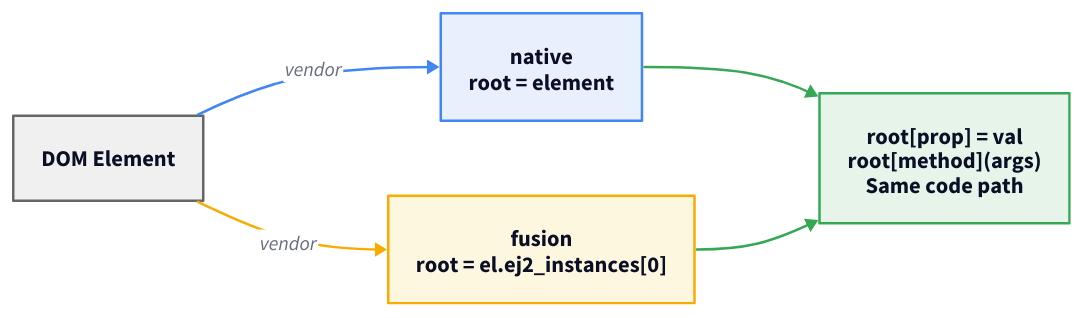
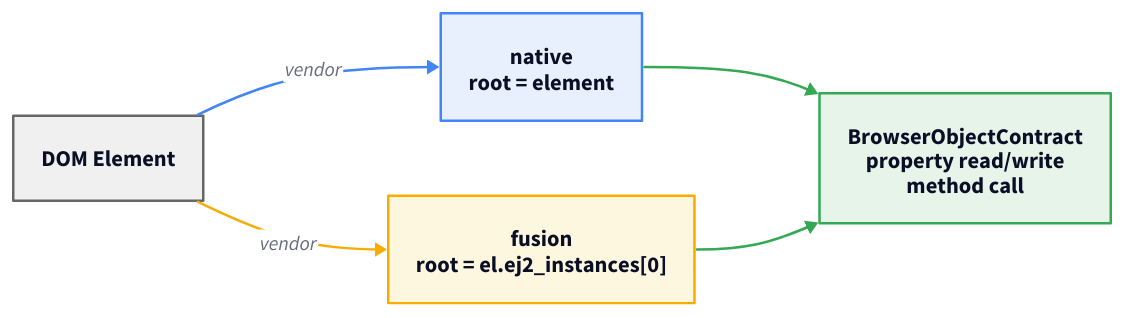
The diagram in docs-site/src/content/docs/architecture/component-model.mdx (marafiq/alis-reactive), drawn with D2 before and after one commit. The commit also changed other lines of this file and 3 other files, not shown here.

````diff
--- a/docs-site/src/content/docs/architecture/component-model.mdx
+++ b/docs-site/src/content/docs/architecture/component-model.mdx
@@ -26,44 +31,44 @@
 ```d2
 direction: right
 
 element: "DOM Element" {
   shape: rectangle
   style.fill: "#f0f0f0"
   style.stroke: "#666"
   style.font-size: 18
 }
 
 native_root: "native\nroot = element" {
   shape: rectangle
   style.fill: "#e8f0fe"
   style.stroke: "#4285f4"
   style.font-size: 18
 }
 
 fusion_root: "fusion\nroot = el.ej2_instances[0]" {
   shape: rectangle
   style.fill: "#fef7e0"
   style.stroke: "#f9ab00"
   style.font-size: 18
 }
 
-bracket: "root[prop] = val\nroot[method](args)\nSame code path" {
+contract: "BrowserObjectContract\nproperty read/write\nmethod call" {
   shape: rectangle
   style.fill: "#e6f4ea"
   style.stroke: "#34a853"
   style.font-size: 18
 }
 
 element -> native_root: vendor {
   style.stroke: "#4285f4"
 }
 element -> fusion_root: vendor {
   style.stroke: "#f9ab00"
 }
-native_root -> bracket {
+native_root -> contract {
   style.stroke: "#34a853"
 }
-fusion_root -> bracket {
+fusion_root -> contract {
   style.stroke: "#34a853"
 }
 ```
````
